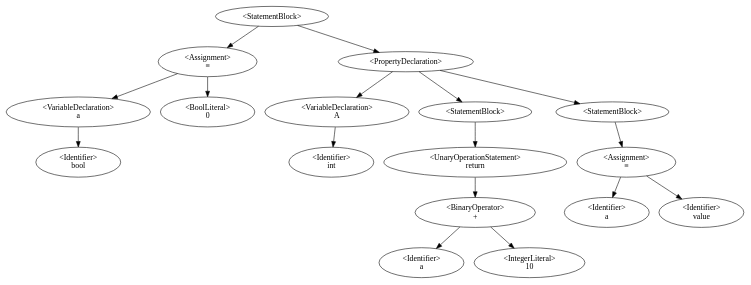
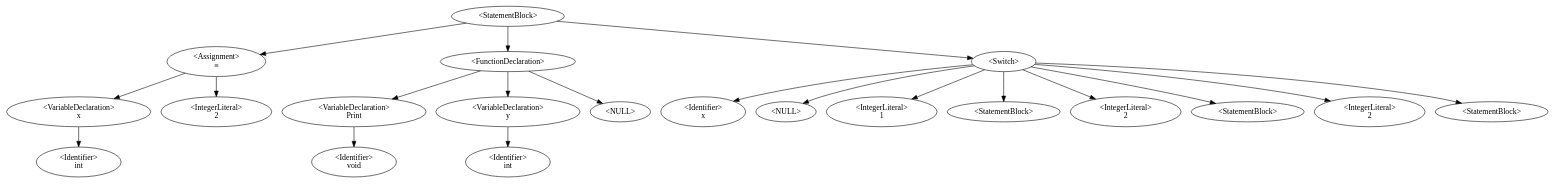
Before and after one commit to QazmoQwerty/dino: the diagram in Dino/Dino/AstDisplay.gv, drawn with Graphviz. The commit also changed 11 other files, not shown here.

```diff
--- a/Dino/Dino/AstDisplay.gv
+++ b/Dino/Dino/AstDisplay.gv
@@ -1,19 +1,20 @@
 digraph G {
-0 [label="<StatementBlock>"];0->3;0->7;
+0 [label="<StatementBlock>"];0->3;0->7;0->10;
 3 [label="<Assignment>\n≡"];3->2;3->4;
-2 [label="<VariableDeclaration>\na"];2->1;
-1 [label="<Identifier>\nbool"];
-4 [label="<BoolLiteral>\n0"];
-7 [label="<PropertyDeclaration>"];7->6;7->8;7->13;
-6 [label="<VariableDeclaration>\nA"];6->5;
-5 [label="<Identifier>\nint"];
-8 [label="<StatementBlock>"];8->9;
-9 [label="<UnaryOperationStatement>\nreturn"];9->11;
-11 [label="<BinaryOperator>\n+"];11->10;11->12;
-10 [label="<Identifier>\na"];
-12 [label="<IntegerLiteral>\n10"];
-13 [label="<StatementBlock>"];13->15;
-15 [label="<Assignment>\n≡"];15->14;15->16;
-14 [label="<Identifier>\na"];
-16 [label="<Identifier>\nvalue"];
+2 [label="<VariableDeclaration>\nx"];2->1;
+1 [label="<Identifier>\nint"];
+4 [label="<IntegerLiteral>\n2"];
+7 [label="<FunctionDeclaration>\n"];7->6;7->9;7->-1;-1 [label="<NULL>"];
+6 [label="<VariableDeclaration>\nPrint"];6->5;
+5 [label="<Identifier>\nvoid"];
+9 [label="<VariableDeclaration>\ny"];9->8;
+8 [label="<Identifier>\nint"];
+10 [label="<Switch>"];10->11;10->-2;-2 [label="<NULL>"];10->12;10->13;10->14;10->15;10->16;10->17;
+11 [label="<Identifier>\nx"];
+12 [label="<IntegerLiteral>\n1"];
+13 [label="<StatementBlock>"];
+14 [label="<IntegerLiteral>\n2"];
+15 [label="<StatementBlock>"];
+16 [label="<IntegerLiteral>\n2"];
+17 [label="<StatementBlock>"];
 }
```
